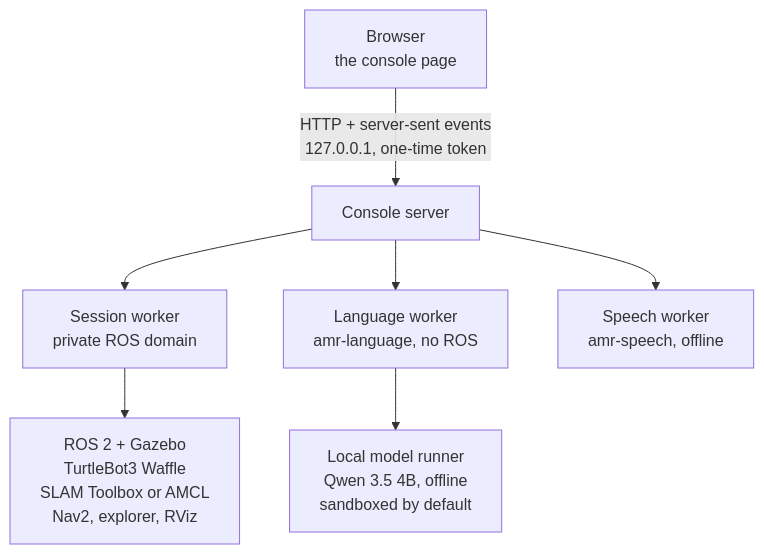
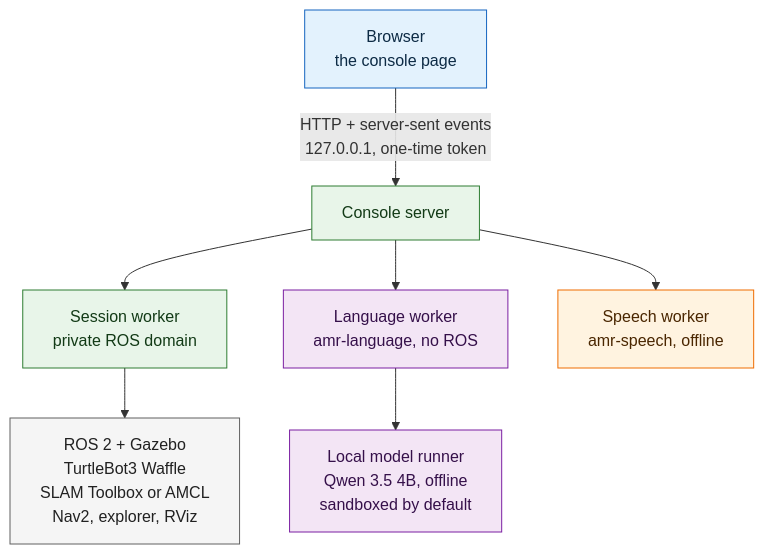
One commit to SreevanjiManoharan179/AMR_Console changed the diagram in README.md. Above: the diagram before and after it, drawn with Mermaid. The commit also changed other lines of this file and 1 other file, not shown here.

````diff
--- a/README.md
+++ b/README.md
@@ -66,9 +79,20 @@
 ```mermaid
 flowchart TD
     browser["Browser<br/>the console page"] -->|"HTTP + server-sent events<br/>127.0.0.1, one-time token"| server["Console server"]
     server --> session["Session worker<br/>private ROS domain"]
     session --> ros["ROS 2 + Gazebo<br/>TurtleBot3 Waffle<br/>SLAM Toolbox or AMCL<br/>Nav2, explorer, RViz"]
     server --> language["Language worker<br/>amr-language, no ROS"]
     language --> model["Local model runner<br/>Qwen 3.5 4B, offline<br/>sandboxed by default"]
     server --> speech["Speech worker<br/>amr-speech, offline"]
+
+    classDef you fill:#E3F2FD,stroke:#1565C0,color:#0D2B45
+    classDef console fill:#E8F5E9,stroke:#2E7D32,color:#123A16
+    classDef sim fill:#F5F5F5,stroke:#616161,color:#212121
+    classDef lang fill:#F3E5F5,stroke:#7B1FA2,color:#35104A
+    classDef voice fill:#FFF3E0,stroke:#EF6C00,color:#4A2600
+    class browser you
+    class server,session console
+    class ros sim
+    class language,model lang
+    class speech voice
 ```
````
